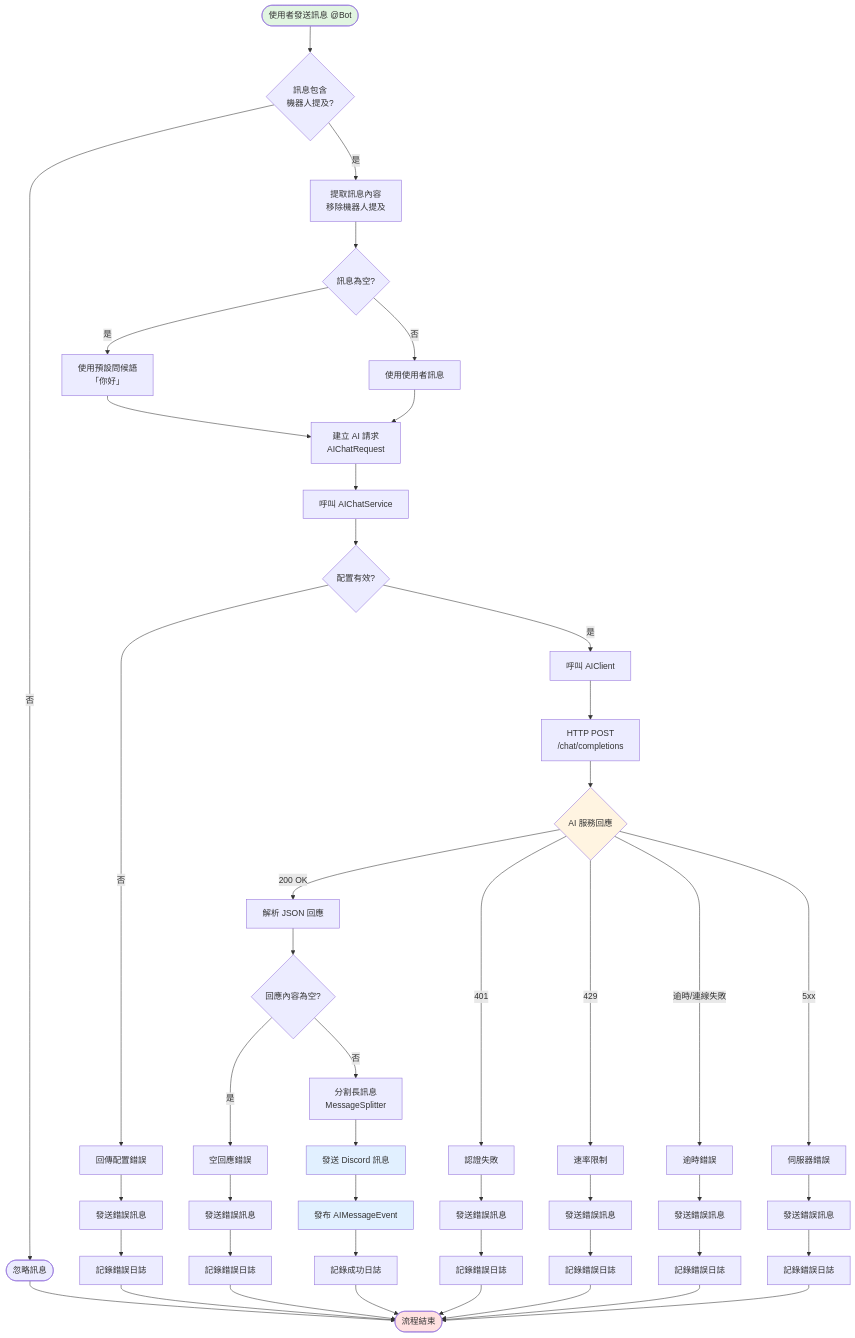
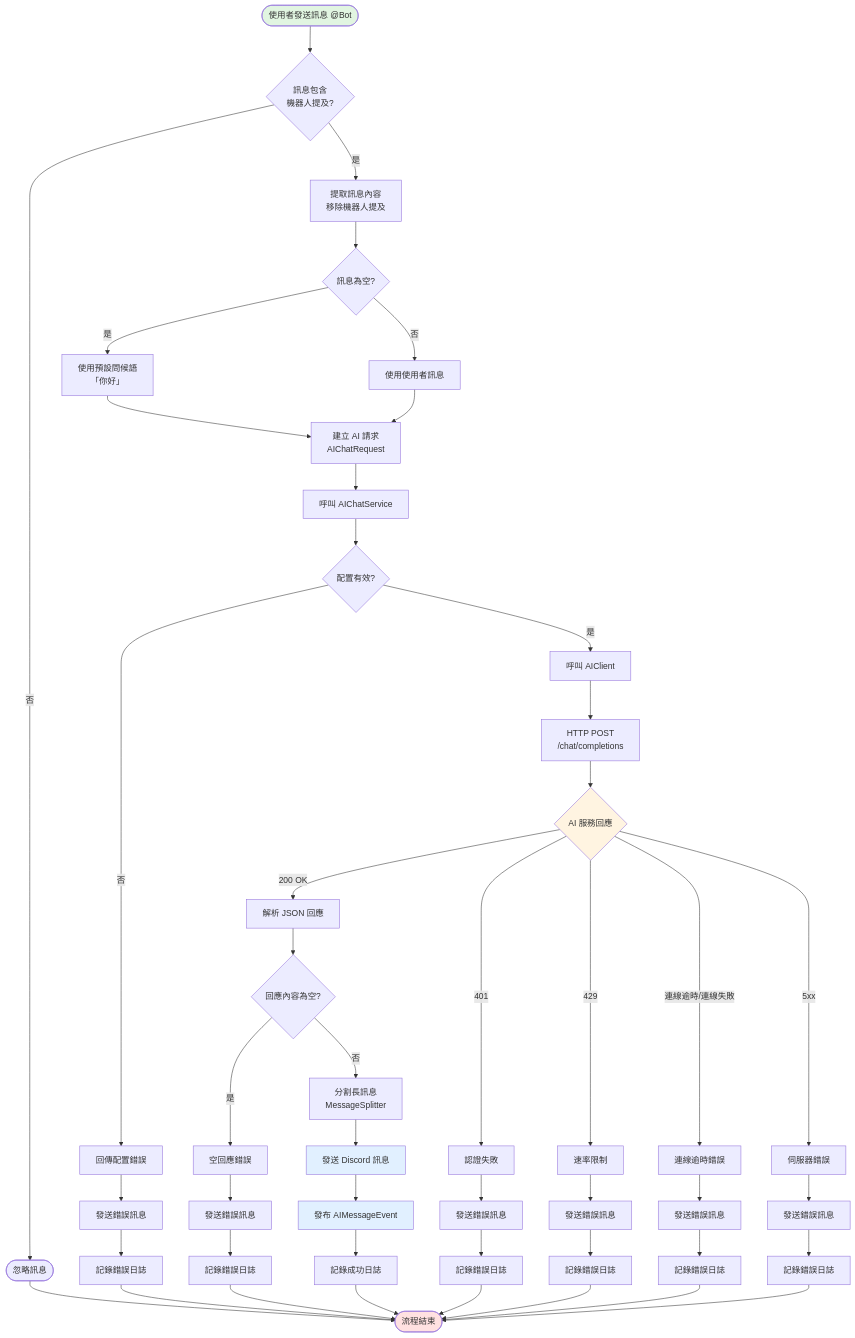
The first of 7 diagrams in docs/architecture/ai-chat-flow.md (LaiTszKin/LTDJMS), drawn with Mermaid before and after one commit. The commit also changed other lines of this file and 28 other files, not shown here.

````diff
--- a/docs/architecture/ai-chat-flow.md
+++ b/docs/architecture/ai-chat-flow.md
@@ -9,62 +9,62 @@
 ```mermaid
 flowchart TD
     Start([使用者發送訊息 @Bot]) --> CheckMention{訊息包含<br/>機器人提及?}
     CheckMention -->|否| Ignore([忽略訊息])
     CheckMention -->|是| ExtractMessage[提取訊息內容<br/>移除機器人提及]
 
     ExtractMessage --> IsEmpty{訊息為空?}
     IsEmpty -->|是| UseDefault[使用預設問候語<br/>「你好」]
     IsEmpty -->|否| UseMessage[使用使用者訊息]
     UseDefault --> BuildRequest
     UseMessage --> BuildRequest[建立 AI 請求<br/>AIChatRequest]
 
     BuildRequest --> CallService[呼叫 AIChatService]
     CallService --> ValidateConfig{配置有效?}
     ValidateConfig -->|否| ConfigError[回傳配置錯誤]
     ValidateConfig -->|是| CallClient[呼叫 AIClient]
 
     CallClient --> HTTPRequest[HTTP POST<br/>/chat/completions]
     HTTPRequest --> AIService{AI 服務回應}
 
     AIService -->|200 OK| ParseResponse[解析 JSON 回應]
     AIService -->|401| AuthError[認證失敗]
     AIService -->|429| RateLimitError[速率限制]
-    AIService -->|逾時/連線失敗| TimeoutError[逾時錯誤]
+    AIService -->|連線逾時/連線失敗| TimeoutError[連線逾時錯誤]
     AIService -->|5xx| ServerError[伺服器錯誤]
 
     ParseResponse --> IsResponseEmpty{回應內容為空?}
     IsResponseEmpty -->|是| EmptyError[空回應錯誤]
     IsResponseEmpty -->|否| SplitMessage[分割長訊息<br/>MessageSplitter]
 
     SplitMessage --> SendDiscord[發送 Discord 訊息]
     AuthError --> SendError1[發送錯誤訊息]
     RateLimitError --> SendError2[發送錯誤訊息]
     TimeoutError --> SendError3[發送錯誤訊息]
     ServerError --> SendError4[發送錯誤訊息]
     ConfigError --> SendError5[發送錯誤訊息]
     EmptyError --> SendError6[發送錯誤訊息]
 
     SendDiscord --> PublishEvent[發布 AIMessageEvent]
     PublishEvent --> LogSuccess[記錄成功日誌]
     SendError1 --> LogError1[記錄錯誤日誌]
     SendError2 --> LogError2[記錄錯誤日誌]
     SendError3 --> LogError3[記錄錯誤日誌]
     SendError4 --> LogError4[記錄錯誤日誌]
     SendError5 --> LogError5[記錄錯誤日誌]
     SendError6 --> LogError6[記錄錯誤日誌]
 
     LogSuccess --> End([流程結束])
     LogError1 --> End
     LogError2 --> End
     LogError3 --> End
     LogError4 --> End
     LogError5 --> End
     LogError6 --> End
     Ignore --> End
 
     style Start fill:#e1f5e1
     style End fill:#ffe1e1
     style AIService fill:#fff4e1
     style SendDiscord fill:#e1f0ff
     style PublishEvent fill:#e1f0ff
 ```
````
